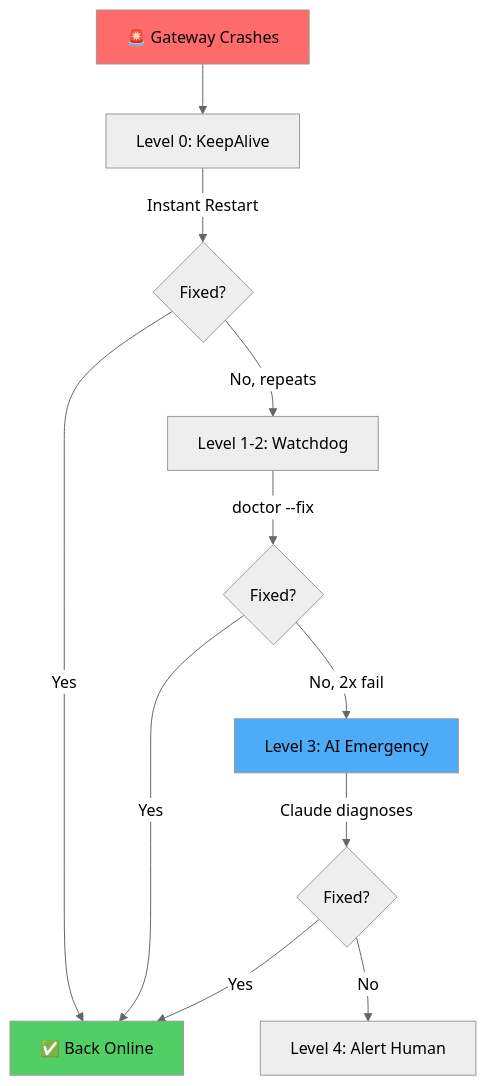
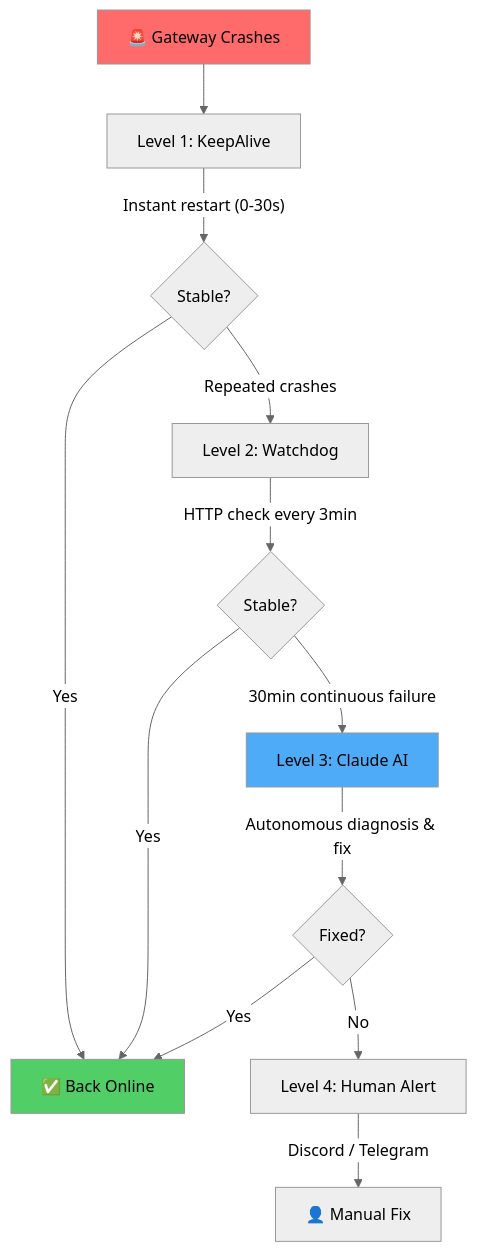
One commit to Ramsbaby/openclaw-self-healing changed the diagram in README.md. Above: the diagram before and after it, drawn with Mermaid (neutral theme). The commit also changed other lines of this file, not shown here.

````diff
--- a/README.md
+++ b/README.md
@@ -67,17 +96,18 @@
 ```mermaid
 graph TD
-    A[🚨 Gateway Crashes] --> B[Level 0: KeepAlive]
-    B -->|Instant Restart| C{Fixed?}
+    A[🚨 Gateway Crashes] --> B[Level 1: KeepAlive]
+    B -->|"Instant restart (0-30s)"| C{Stable?}
     C -->|Yes| Z[✅ Back Online]
-    C -->|No, repeats| D[Level 1-2: Watchdog]
-    D -->|doctor --fix| E{Fixed?}
+    C -->|Repeated crashes| D[Level 2: Watchdog]
+    D -->|"HTTP check every 3min"| E{Stable?}
     E -->|Yes| Z
-    E -->|No, 2x fail| F[Level 3: AI Emergency]
-    F -->|Claude diagnoses| G{Fixed?}
+    E -->|"30min continuous failure"| F[Level 3: Claude AI]
+    F -->|"Autonomous diagnosis & fix"| G{Fixed?}
     G -->|Yes| Z
-    G -->|No| H[Level 4: Alert Human]
+    G -->|No| H[Level 4: Human Alert]
+    H -->|"Discord / Telegram"| I[👤 Manual Fix]
 
     style A fill:#ff6b6b
     style Z fill:#51cf66
     style F fill:#4dabf7
 ```
````
